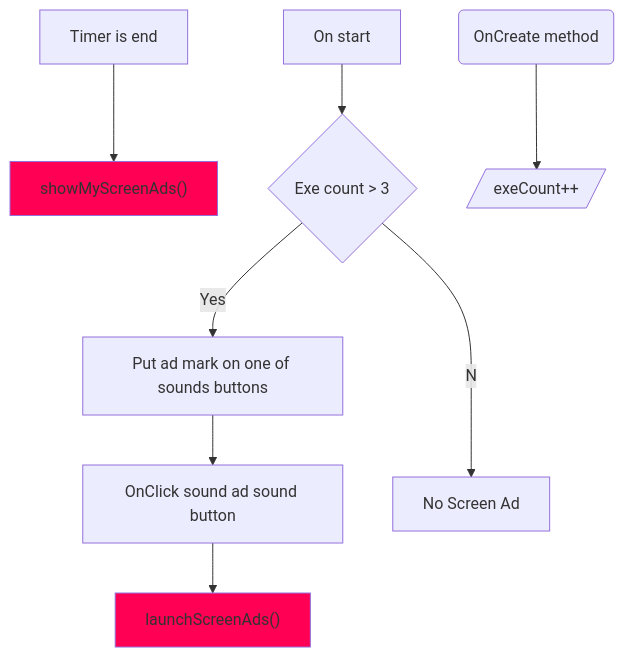
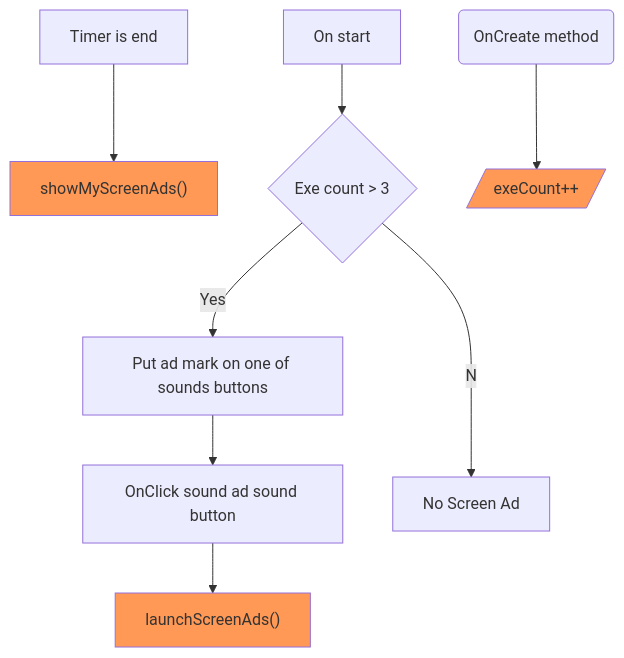
One commit to HeesangLee/NatureMeditationSoundV2 changed the diagram in README.md. Above: the diagram before and after it, drawn with Mermaid. The commit also changed 10 other files, not shown here.

````diff
--- a/README.md
+++ b/README.md
@@ -67,13 +67,14 @@
 ```mermaid
 
 graph TD
   A[Timer is end] --> B["showMyScreenAds()"]
   C[On start] -->D{Exe count > 3}--Yes-->E[Put ad mark on one of sounds buttons]
   E-->F[OnClick sound ad sound button]-->G["launchScreenAds()"]	
   D--No-->H[No Screen Ad]	
   I(OnCreate method)-->J[/exeCount++/]
   
-  style B fill:#f05
-  style G fill:#f05
+  style B fill:#f95
+  style G fill:#f95
+  style J fill:#f95
 	
 ```
````
